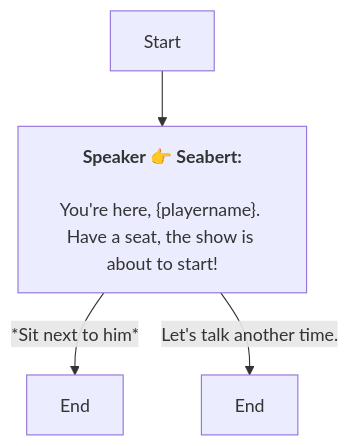
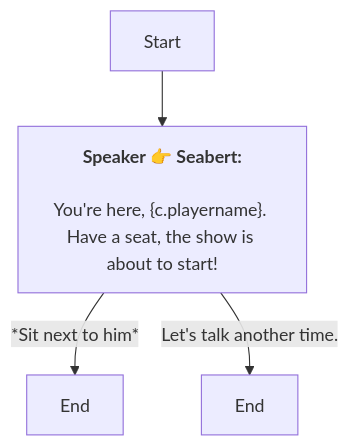
The diagram in En/QuestStartTalkENode_1753932806842204.md (SoftHu/tos_avg), drawn with Mermaid before and after one commit. The commit also changed 410 other files, not shown here.

````diff
--- a/En/QuestStartTalkENode_1753932806842204.md
+++ b/En/QuestStartTalkENode_1753932806842204.md
@@ -1,8 +1,8 @@
 ```mermaid
 graph
 Start -->1753932836608863[<b>Speaker 👉 Seabert:</b>
-\nYou're here, &lbrace;playername&rbrace;. Have a seat, the show is about to start!]
+\nYou're here, &lbrace;c.playername&rbrace;. Have a seat, the show is about to start!]
 1753932836608863 -->|*Sit next to him*|1753933123549030[End]
 1753932836608863 -->|Let's talk another time.|1753933129887591[End]
 
 ```
````
